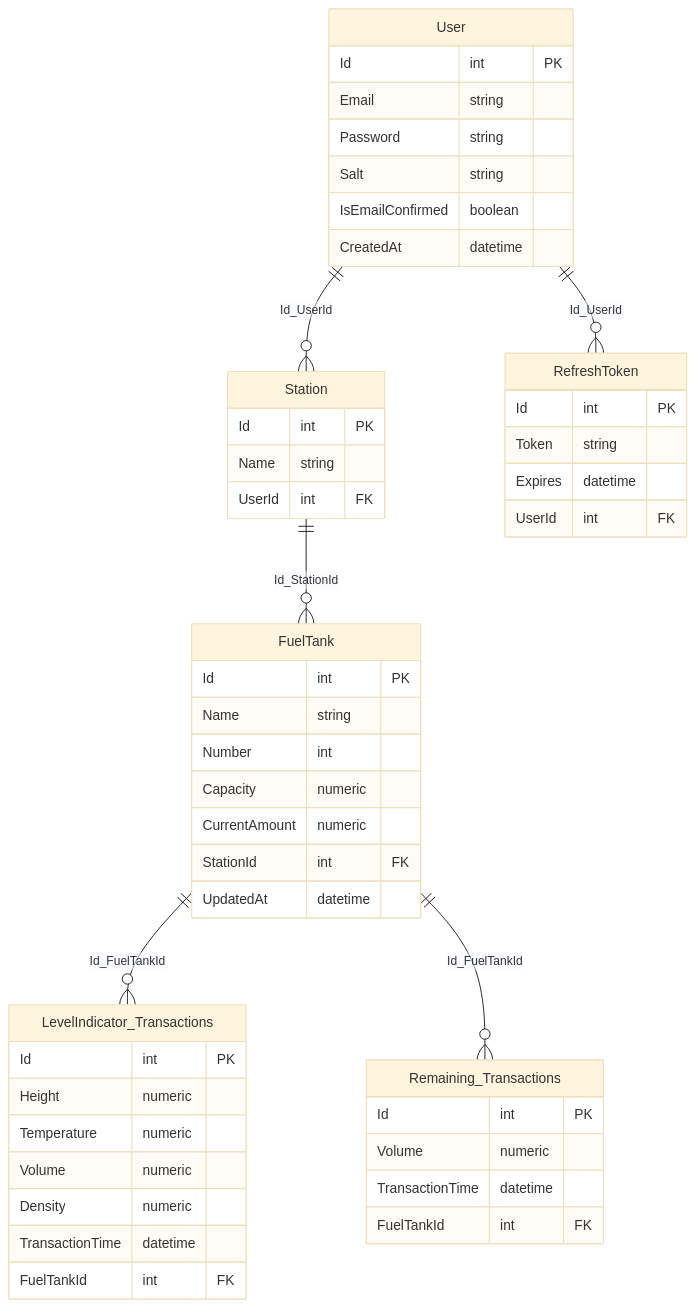
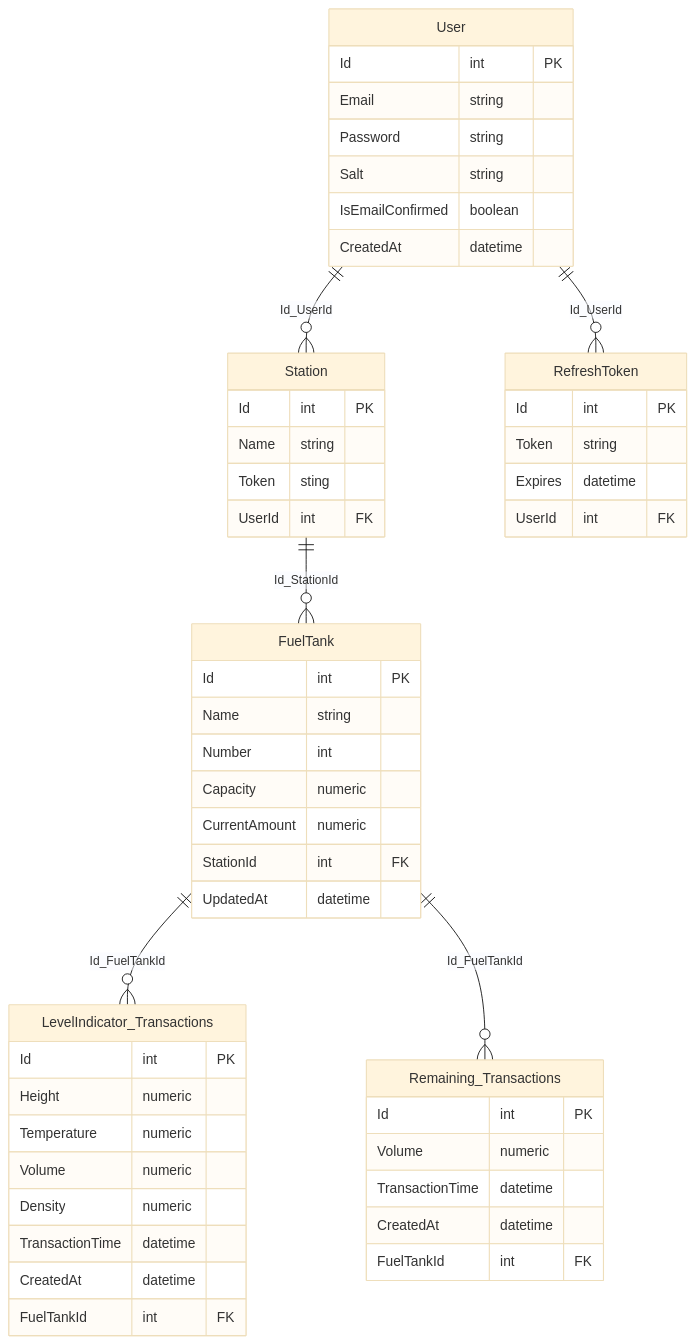
One commit to max-voronkin/Fung changed the diagram in README.md. Above: the diagram before and after it, drawn with Mermaid (base theme). The commit also changed 4 other files, not shown here.

````diff
--- a/README.md
+++ b/README.md
@@ -12,56 +12,59 @@
 ```mermaid
 erDiagram
 User ||--o{ Station : Id_UserId
 User ||--o{ RefreshToken : Id_UserId
 User {
   Id int PK
   Email string
   Password string
   Salt string
   IsEmailConfirmed boolean
   CreatedAt datetime
 }
 
 Station ||--o{ FuelTank : Id_StationId
 Station {
   Id int PK
   Name string
+  Token sting
   UserId int FK
 }
 
 FuelTank ||--o{ LevelIndicator_Transactions : Id_FuelTankId
 FuelTank ||--o{ Remaining_Transactions : Id_FuelTankId
 FuelTank {
   Id int PK
   Name string
   Number int
   Capacity numeric
   CurrentAmount numeric
   StationId int FK
   UpdatedAt datetime
 }
 
 LevelIndicator_Transactions {
   Id int PK
   Height numeric
   Temperature numeric
   Volume numeric
   Density numeric
   TransactionTime datetime
+  CreatedAt datetime
   FuelTankId int FK
 }
 
 Remaining_Transactions {
   Id int PK
   Volume numeric
   TransactionTime datetime
+  CreatedAt datetime
   FuelTankId int FK
 }
 
 RefreshToken {
   Id int PK
   Token string
   Expires datetime
   UserId int FK
 }
 ```
````
